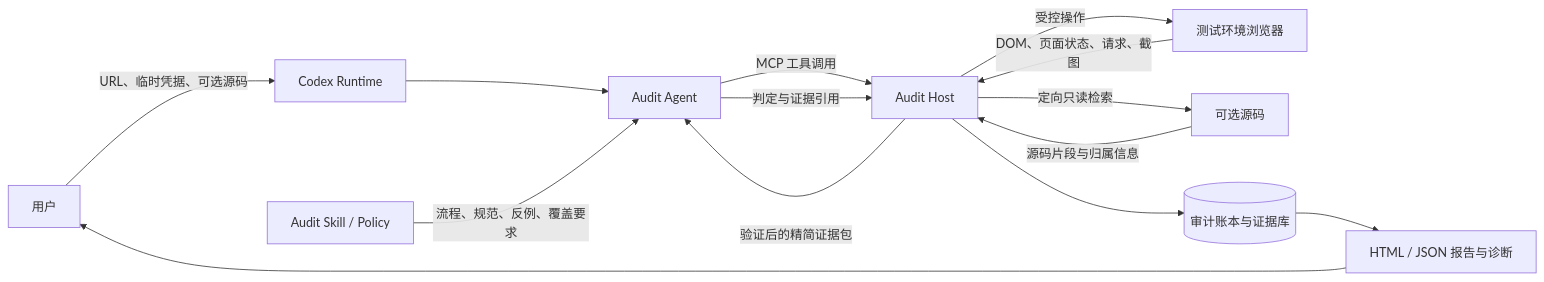
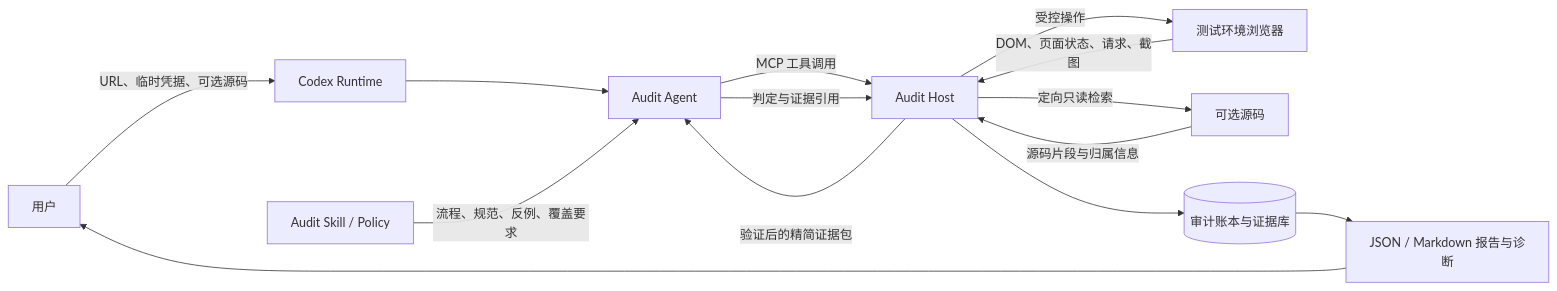
Before and after one commit to elioyu-07/Assayer: the first of 3 diagrams in docs/architecture.md, drawn with Mermaid. The commit also changed 14 other files, not shown here.

````diff
--- a/docs/architecture.md
+++ b/docs/architecture.md
@@ -40,16 +40,16 @@
 ```mermaid
 flowchart LR
     U[用户] -->|URL、临时凭据、可选源码| C[Codex Runtime]
     C --> A[Audit Agent]
     S[Audit Skill / Policy] -->|流程、规范、反例、覆盖要求| A
     A -->|MCP 工具调用| H[Audit Host]
     H -->|受控操作| B[测试环境浏览器]
     H -->|定向只读检索| SRC[可选源码]
     B -->|DOM、页面状态、请求、截图| H
     SRC -->|源码片段与归属信息| H
     H -->|验证后的精简证据包| A
     A -->|判定与证据引用| H
     H --> L[(审计账本与证据库)]
-    L --> R[HTML / JSON 报告与诊断]
+    L --> R[JSON / Markdown 报告与诊断]
     R --> U
 ```
````
